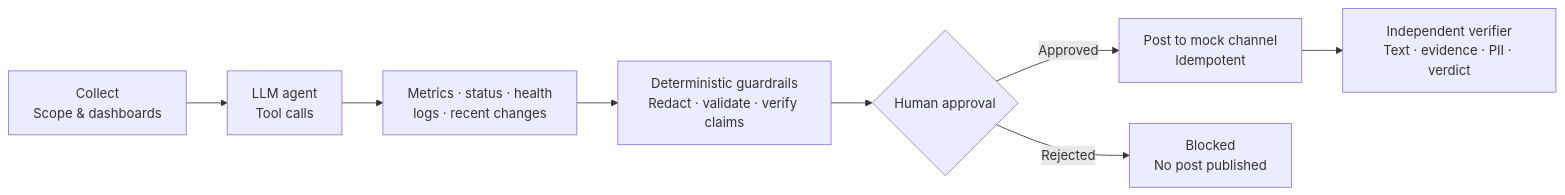
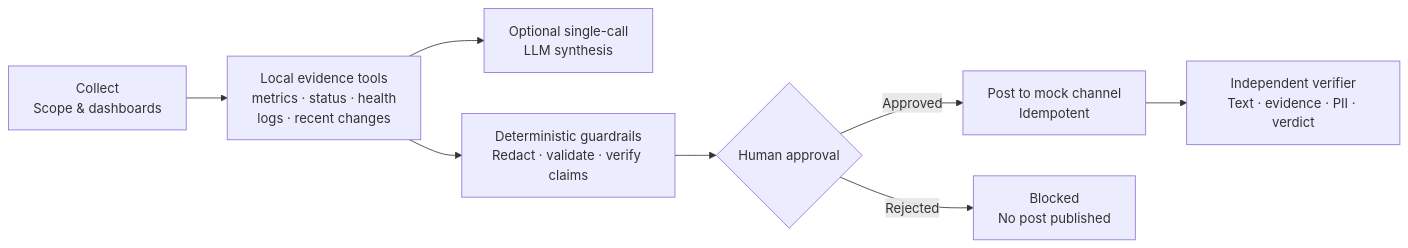
One commit to ps18405/incident-voice-status-reporter changed the diagram in README.md. Above: the diagram before and after it, drawn with Mermaid. The commit also changed other lines of this file and 24 other files, not shown here.

````diff
--- a/README.md
+++ b/README.md
@@ -12,10 +12,10 @@
 ```mermaid
 flowchart LR
-    A["Collect<br/>Scope & dashboards"] --> B["LLM agent<br/>Tool calls"]
-    B --> C["Metrics · status · health<br/>logs · recent changes"]
+    A["Collect<br/>Scope & dashboards"] --> C["Local evidence tools<br/>metrics · status · health<br/>logs · recent changes"]
+    C --> B["Optional single-call<br/>LLM synthesis"]
     C --> G["Deterministic guardrails<br/>Redact · validate · verify claims"]
     G --> D{"Human approval"}
     D -->|Approved| E["Post to mock channel<br/>Idempotent"]
     D -->|Rejected| X["Blocked<br/>No post published"]
     E --> F["Independent verifier<br/>Text · evidence · PII · verdict"]
 ```
````
